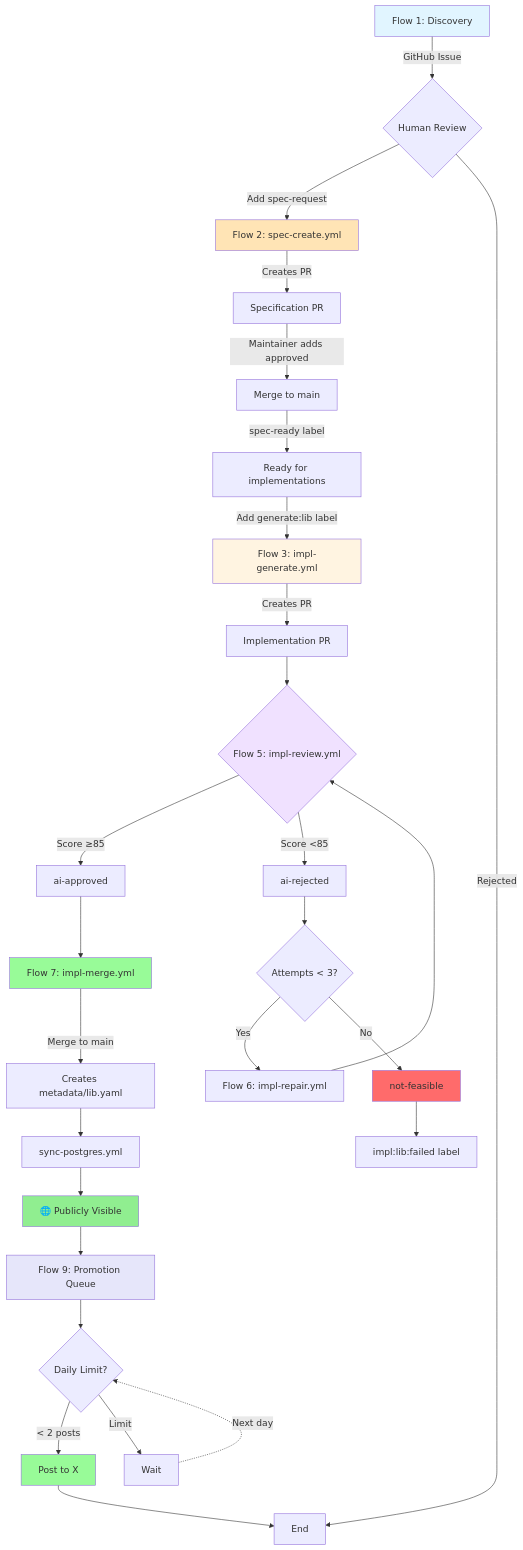
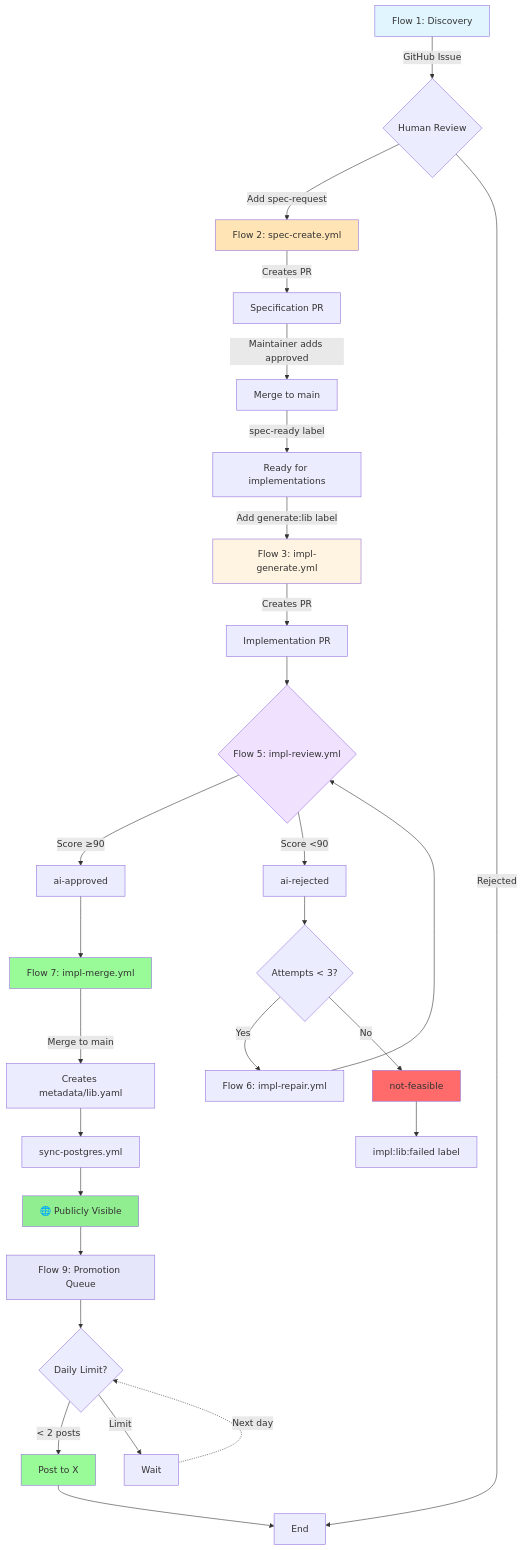
One commit to MarkusNeusinger/pyplots changed the third of 3 diagrams in docs/workflow.md. Above: the diagram before and after it, drawn with Mermaid. The commit also changed other lines of this file and 10 other files, not shown here.

````diff
--- a/docs/workflow.md
+++ b/docs/workflow.md
@@ -272,46 +272,46 @@
 ```mermaid
 graph TD
     A[Flow 1: Discovery] -->|GitHub Issue| B{Human Review}
     B -->|Add spec-request| C[Flow 2: spec-create.yml]
     B -->|Rejected| Z[End]
 
     C -->|Creates PR| C1[Specification PR]
     C1 -->|Maintainer adds approved| C2[Merge to main]
     C2 -->|spec-ready label| D[Ready for implementations]
 
     D -->|Add generate:lib label| E[Flow 3: impl-generate.yml]
     E -->|Creates PR| F[Implementation PR]
     F --> G{Flow 5: impl-review.yml}
 
-    G -->|Score ≥85| H[ai-approved]
-    G -->|Score <85| I[ai-rejected]
+    G -->|Score ≥90| H[ai-approved]
+    G -->|Score <90| I[ai-rejected]
 
     I --> J{Attempts < 3?}
     J -->|Yes| K[Flow 6: impl-repair.yml]
     K --> G
     J -->|No| L[not-feasible]
 
     H --> M[Flow 7: impl-merge.yml]
     M -->|Merge to main| M1[Creates metadata/lib.yaml]
     M1 --> M2[sync-postgres.yml]
     M2 --> N[🌐 Publicly Visible]
 
     L --> L1[impl:lib:failed label]
 
     N --> P[Flow 9: Promotion Queue]
     P --> Q{Daily Limit?}
     Q -->|< 2 posts| R[Post to X]
     Q -->|Limit| S[Wait]
     R --> Z
     S -.->|Next day| Q
 
     style A fill:#e1f5ff
     style C fill:#ffe4b5
     style E fill:#fff4e1
     style G fill:#f0e1ff
     style M fill:#98FB98
     style N fill:#90EE90
     style L fill:#FF6B6B
     style P fill:#E6E6FA
     style R fill:#98FB98
 ```
````
